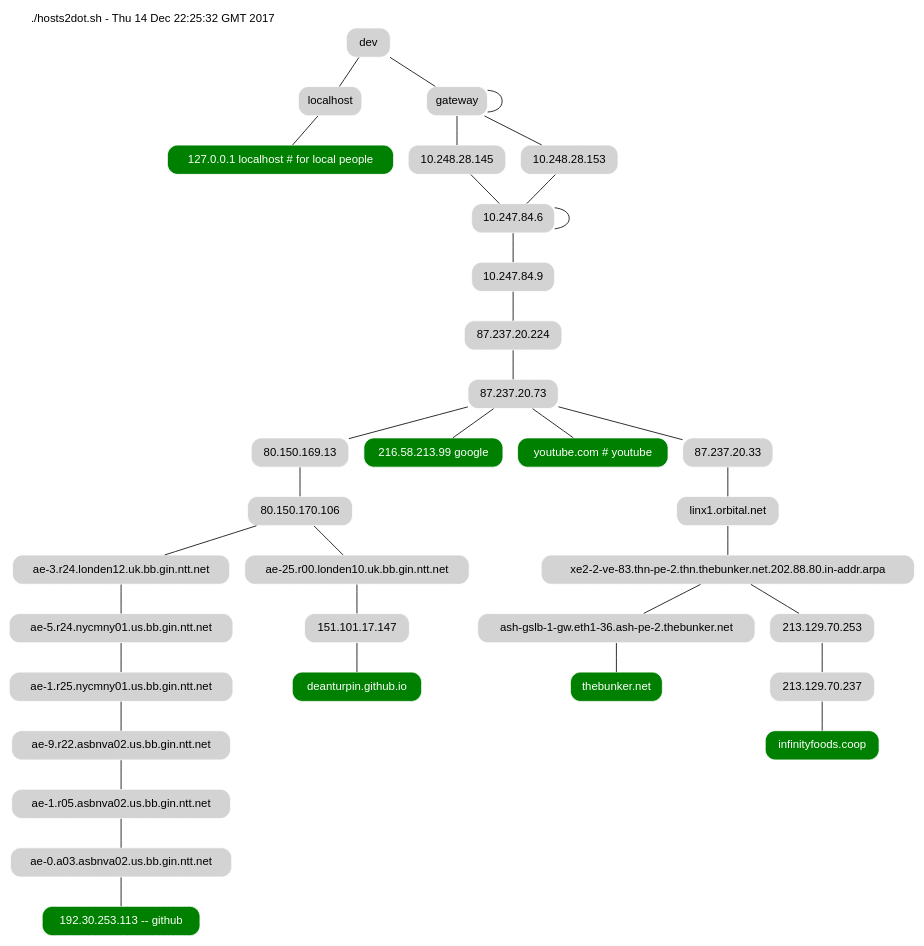
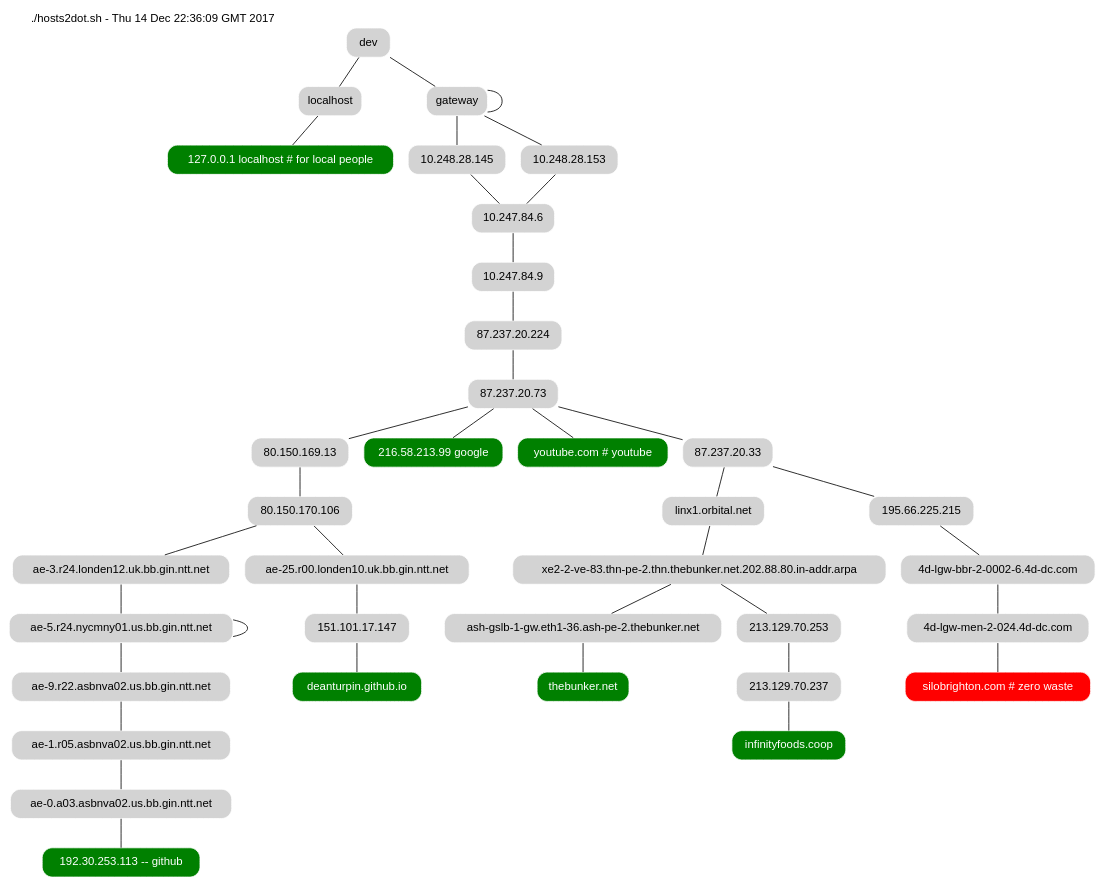
One commit to deanturpin/hosts2dot changed the diagram in topology.dot. Above: the diagram before and after it, drawn with Graphviz. The commit also changed 2 other files, not shown here.

```diff
--- a/topology.dot
+++ b/topology.dot
@@ -1,20 +1,22 @@
 strict graph {
 fontname=helvetica
 node [shape=rect style="filled,rounded" color=white fillcolor=lightgrey fontname=helvetica]
 soy_yo [label=dev]
-graph [label="./hosts2dot.sh - Thu 14 Dec 22:25:32 GMT 2017" labelloc=top labeljust=left]
+graph [label="./hosts2dot.sh - Thu 14 Dec 22:36:09 GMT 2017" labelloc=top labeljust=left]
 "127.0.0.1 localhost # for local people" [fillcolor=green fontcolor=white]
 soy_yo--"localhost"--"127.0.0.1 localhost # for local people"
 "192.30.253.113 -- github" [fillcolor=green fontcolor=white]
-soy_yo--"gateway"--"gateway"--"10.248.28.145"--"10.247.84.6"--"10.247.84.6"--"10.247.84.9"--"87.237.20.224"--"87.237.20.73"--"80.150.169.13"--"80.150.170.106"--"ae-3.r24.londen12.uk.bb.gin.ntt.net"--"ae-5.r24.nycmny01.us.bb.gin.ntt.net"--"ae-1.r25.nycmny01.us.bb.gin.ntt.net"--"ae-9.r22.asbnva02.us.bb.gin.ntt.net"--"ae-1.r05.asbnva02.us.bb.gin.ntt.net"--"ae-0.a03.asbnva02.us.bb.gin.ntt.net"--"192.30.253.113 -- github"
+soy_yo--"gateway"--"gateway"--"10.248.28.145"--"10.247.84.6"--"10.247.84.9"--"87.237.20.224"--"87.237.20.73"--"80.150.169.13"--"80.150.170.106"--"ae-3.r24.londen12.uk.bb.gin.ntt.net"--"ae-5.r24.nycmny01.us.bb.gin.ntt.net"--"ae-5.r24.nycmny01.us.bb.gin.ntt.net"--"ae-9.r22.asbnva02.us.bb.gin.ntt.net"--"ae-1.r05.asbnva02.us.bb.gin.ntt.net"--"ae-0.a03.asbnva02.us.bb.gin.ntt.net"--"192.30.253.113 -- github"
 "216.58.213.99 google" [fillcolor=green fontcolor=white]
 soy_yo--"gateway"--"gateway"--"10.248.28.145"--"10.247.84.6"--"10.247.84.9"--"87.237.20.224"--"87.237.20.73"--"216.58.213.99 google"
 "youtube.com # youtube" [fillcolor=green fontcolor=white]
 soy_yo--"gateway"--"gateway"--"10.248.28.153"--"10.247.84.6"--"10.247.84.9"--"87.237.20.224"--"87.237.20.73"--"youtube.com # youtube"
 "deanturpin.github.io" [fillcolor=green fontcolor=white]
 soy_yo--"gateway"--"gateway"--"10.248.28.145"--"10.247.84.6"--"10.247.84.9"--"87.237.20.224"--"87.237.20.73"--"80.150.169.13"--"80.150.170.106"--"ae-25.r00.londen10.uk.bb.gin.ntt.net"--"151.101.17.147"--"deanturpin.github.io"
 "thebunker.net" [fillcolor=green fontcolor=white]
 soy_yo--"gateway"--"gateway"--"10.248.28.153"--"10.247.84.6"--"10.247.84.9"--"87.237.20.224"--"87.237.20.73"--"87.237.20.33"--"linx1.orbital.net"--"xe2-2-ve-83.thn-pe-2.thn.thebunker.net.202.88.80.in-addr.arpa"--"ash-gslb-1-gw.eth1-36.ash-pe-2.thebunker.net"--"thebunker.net"
 "infinityfoods.coop" [fillcolor=green fontcolor=white]
 soy_yo--"gateway"--"gateway"--"10.248.28.153"--"10.247.84.6"--"10.247.84.9"--"87.237.20.224"--"87.237.20.73"--"87.237.20.33"--"linx1.orbital.net"--"xe2-2-ve-83.thn-pe-2.thn.thebunker.net.202.88.80.in-addr.arpa"--"213.129.70.253"--"213.129.70.237"--"infinityfoods.coop"
+"silobrighton.com # zero waste" [fillcolor=red fontcolor=white]
+soy_yo--"gateway"--"gateway"--"10.248.28.153"--"10.247.84.6"--"10.247.84.9"--"87.237.20.224"--"87.237.20.73"--"87.237.20.33"--"195.66.225.215"--"4d-lgw-bbr-2-0002-6.4d-dc.com"--"4d-lgw-men-2-024.4d-dc.com"--"silobrighton.com # zero waste"
 }
```
